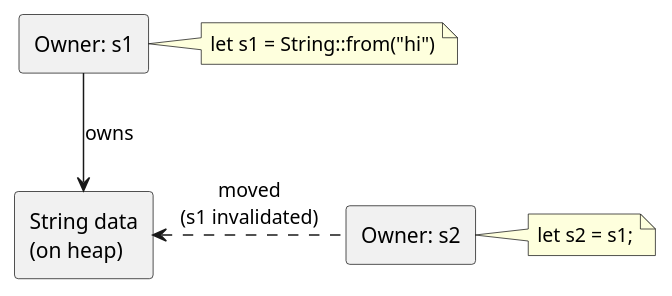
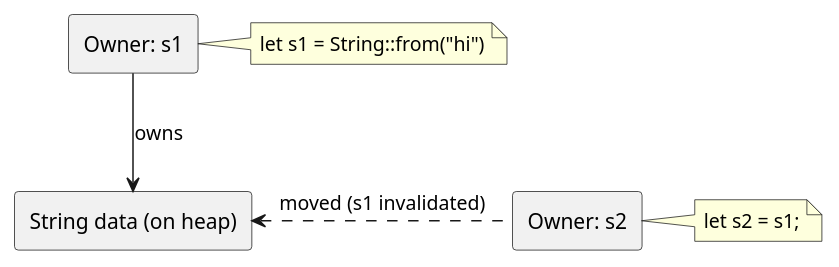
The diagram in src/content/lessons/rust/ownership.mdx (LibreUni/LibreUni), drawn with PlantUML before and after one commit. The commit also changed 5 other files, not shown here.

Commit message:
[Fix] Broken PUML diagrams

```diff
--- a/src/content/lessons/rust/ownership.mdx
+++ b/src/content/lessons/rust/ownership.mdx
@@ -30,15 +30,15 @@
 @startuml
 skinparam backgroundColor transparent
 skinparam componentStyle rectangle
 
 rectangle "Owner: s1" as box1
-rectangle "String data\n(on heap)" as heap
+rectangle "String data (on heap)" as heap
 rectangle "Owner: s2" as box2
 
 box1 --> heap : owns
-heap <. box2 : moved\n(s1 invalidated)
+heap <. box2 : moved (s1 invalidated)
 
 note right of box1 : let s1 = String::from("hi")
 note right of box2 : let s2 = s1;
 
 @enduml
```
